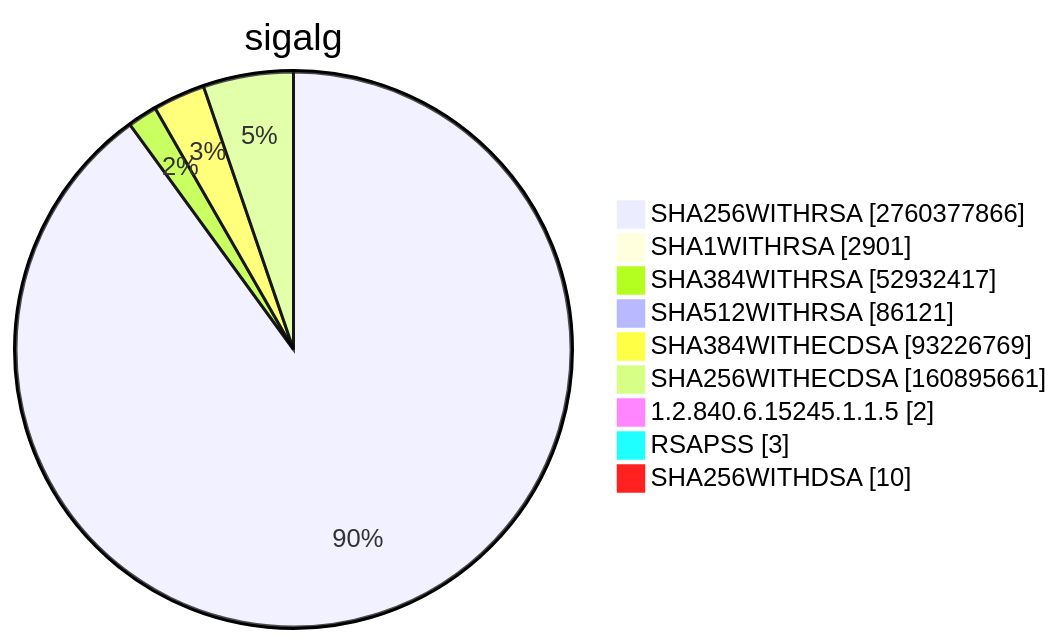
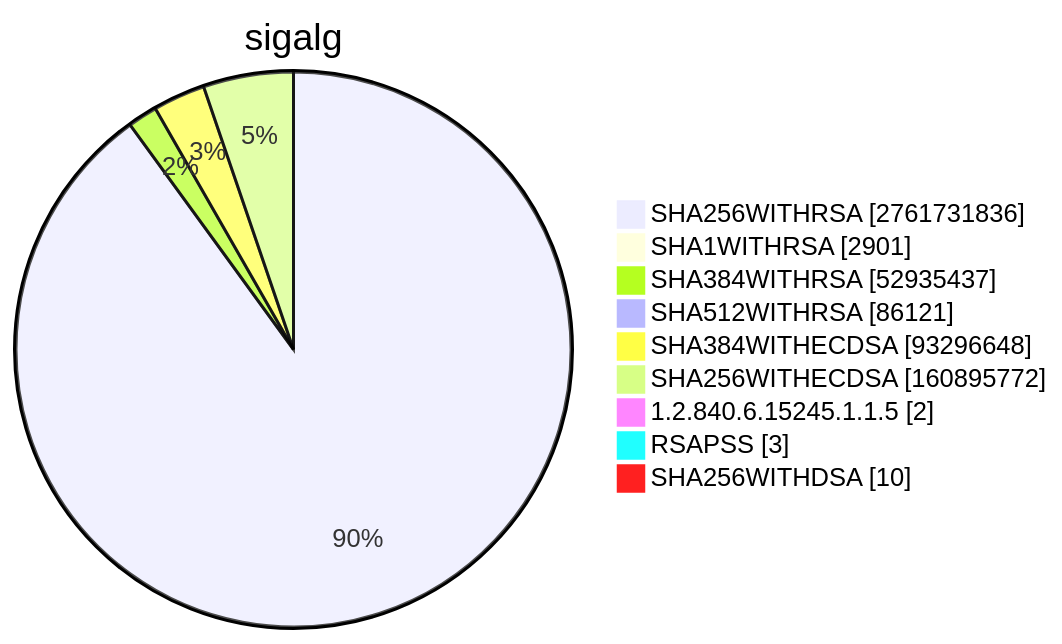
Before and after one commit to christiankrug/ctmonitor_visualization: diagram 15 of 15 in TOTAL/README.md, drawn with Mermaid. The commit also changed other lines of this file, not shown here.

````diff
--- a/TOTAL/README.md
+++ b/TOTAL/README.md
@@ -6207,13 +6207,13 @@
 ```mermaid
 pie showData
 title sigalg
-"SHA256WITHRSA" :2760377866
+"SHA256WITHRSA" :2761731836
 "SHA1WITHRSA" :2901
-"SHA384WITHRSA" :52932417
+"SHA384WITHRSA" :52935437
 "SHA512WITHRSA" :86121
-"SHA384WITHECDSA" :93226769
-"SHA256WITHECDSA" :160895661
+"SHA384WITHECDSA" :93296648
+"SHA256WITHECDSA" :160895772
 "1.2.840.6.15245.1.1.5" :2
 "RSAPSS" :3
 "SHA256WITHDSA" :10
 ```
````
